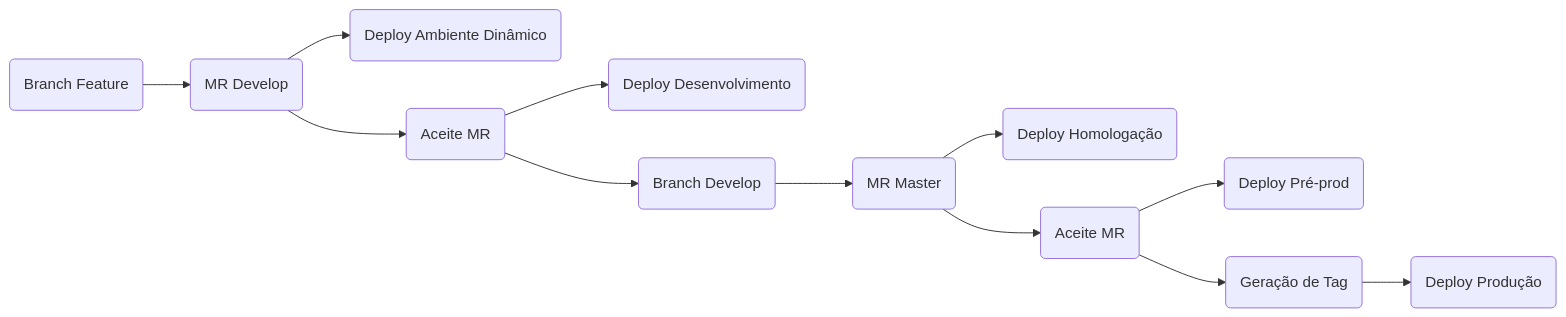
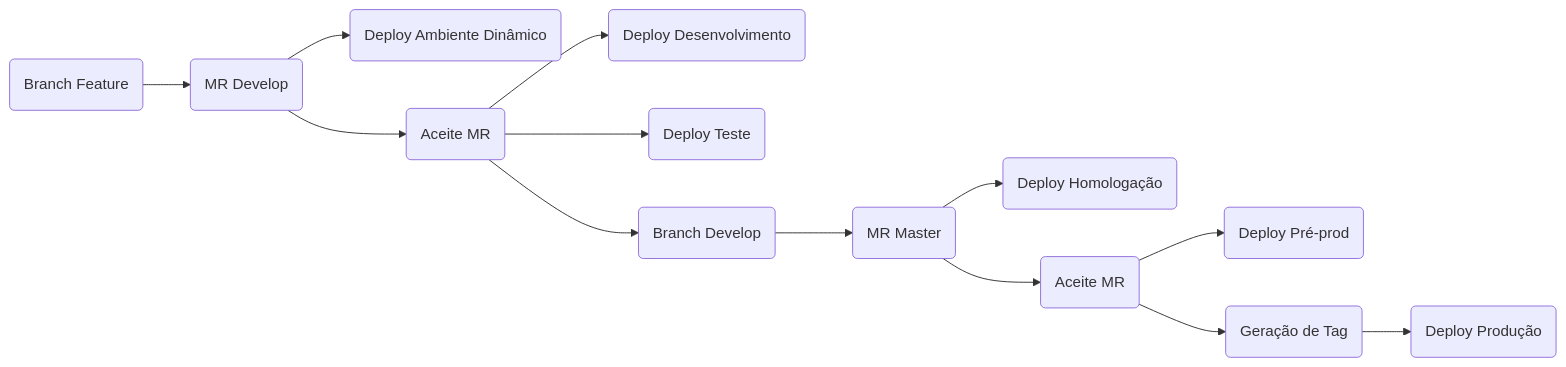
Before and after one commit to CAPES/guia: the diagram in cgs/repo-gitlab/pipeline.md, drawn with Mermaid. The commit also changed other lines of this file and 1 other file, not shown here.

````diff
--- a/cgs/repo-gitlab/pipeline.md
+++ b/cgs/repo-gitlab/pipeline.md
@@ -33,14 +34,15 @@
 ```mermaid
 graph LR
     B(Branch Feature) --> C(MR Develop)
     C --> C1(Deploy Ambiente Dinâmico)
     C --> D(Aceite MR)
-    D --> E1(Deploy Desenvolvimento)
+    D --> D1(Deploy Desenvolvimento)
+    D --> D2(Deploy Teste)
     D --> E(Branch Develop)
     E --> F(MR Master)
     F --> F1(Deploy Homologação)
     F --> G(Aceite MR)
     G --> G1(Deploy Pré-prod)
     G --> H(Geração de Tag)
     H --> I(Deploy Produção)    
 ```
````
